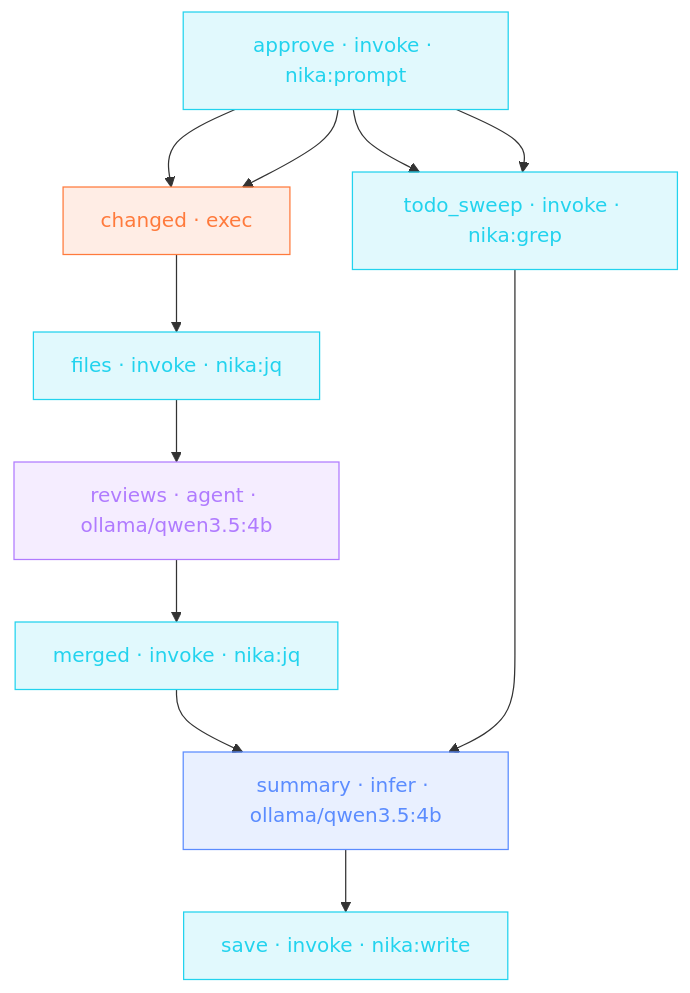
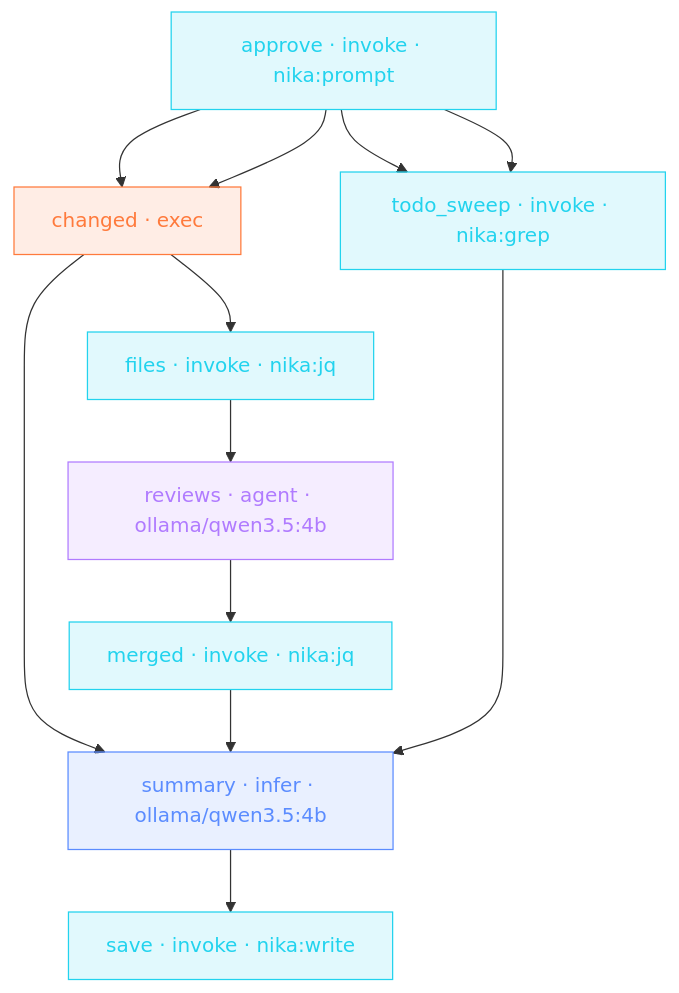
One commit to supernovae-st/nika changed the diagram in media/raw/graph-fanout.mmd. Above: the diagram before and after it, drawn with Mermaid. The commit also changed 12 other files, not shown here.

```diff
--- a/media/raw/graph-fanout.mmd
+++ b/media/raw/graph-fanout.mmd
@@ -1,23 +1,24 @@
 graph TD
   approve["approve · invoke · nika:prompt"]:::invoke
   changed["changed · exec"]:::exec
   todo_sweep["todo_sweep · invoke · nika:grep"]:::invoke
   files["files · invoke · nika:jq"]:::invoke
   reviews["reviews · agent · ollama/qwen3.5:4b"]:::agent
   merged["merged · invoke · nika:jq"]:::invoke
   summary["summary · infer · ollama/qwen3.5:4b"]:::infer
   save["save · invoke · nika:write"]:::invoke
   approve --> changed
   approve --> changed
   approve --> todo_sweep
   approve --> todo_sweep
   changed --> files
+  changed --> summary
   files --> reviews
   merged --> summary
   reviews --> merged
   summary --> save
   todo_sweep --> summary
   classDef infer fill:#5b8cff22,stroke:#5b8cff,color:#5b8cff
   classDef exec fill:#ff7a3c22,stroke:#ff7a3c,color:#ff7a3c
   classDef invoke fill:#22d3ee22,stroke:#22d3ee,color:#22d3ee
   classDef agent fill:#b07bff22,stroke:#b07bff,color:#b07bff
```
